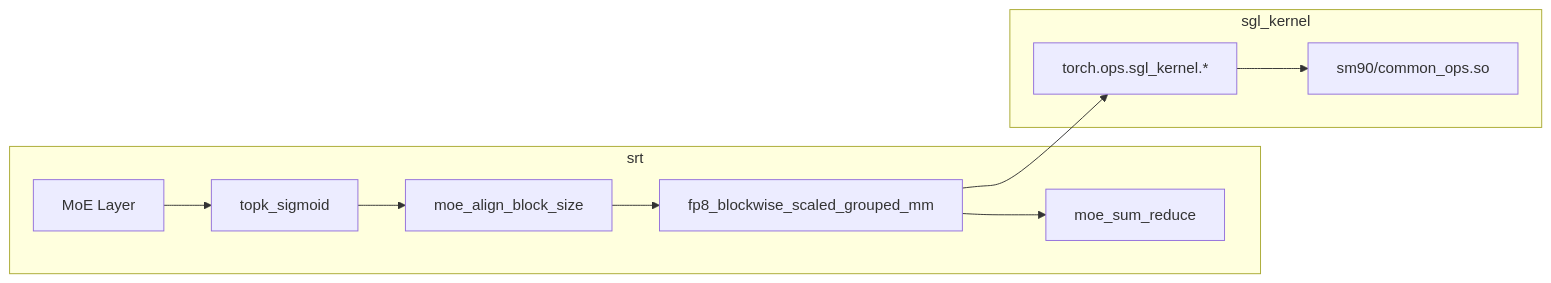
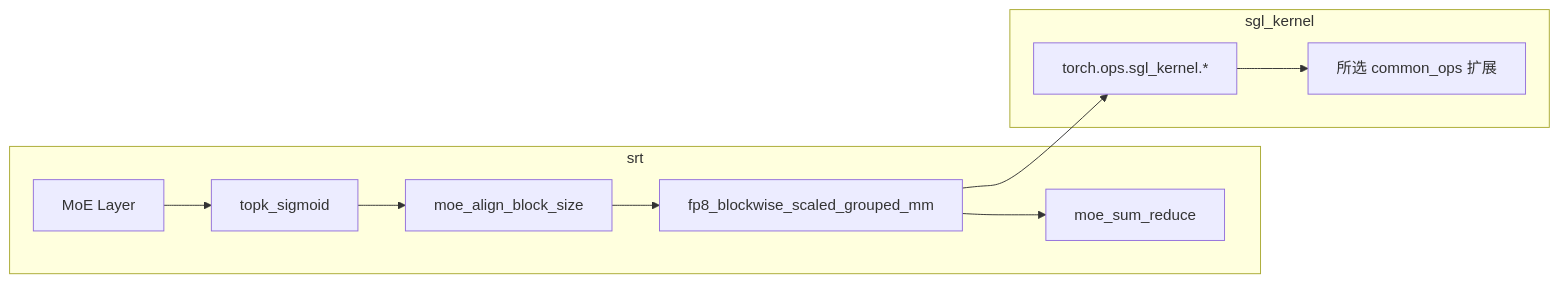
The diagram in sglang_reading/扩展组件/sgl-kernel/SGLang-sgl-kernel-核心概念.md (OnlyHero5/sglang-reading-vault), drawn with Mermaid before and after one commit. The commit also changed other lines of this file and 512 other files, not shown here.

````diff
--- a/sglang_reading/扩展组件/sgl-kernel/SGLang-sgl-kernel-核心概念.md
+++ b/sglang_reading/扩展组件/sgl-kernel/SGLang-sgl-kernel-核心概念.md
@@ -38,13 +38,13 @@
 ```mermaid
 flowchart LR
  subgraph srt
  MoE[MoE Layer] --> TopK[topk_sigmoid]
  TopK --> Align[moe_align_block_size]
  Align --> GEMM[fp8_blockwise_scaled_grouped_mm]
  GEMM --> Sum[moe_sum_reduce]
  end
  subgraph sgl_kernel
  GEMM --> Ops[torch.ops.sgl_kernel.*]
- Ops --> CUDA[sm90/common_ops.so]
+ Ops --> CUDA[所选 common_ops 扩展]
  end
 ```
````
